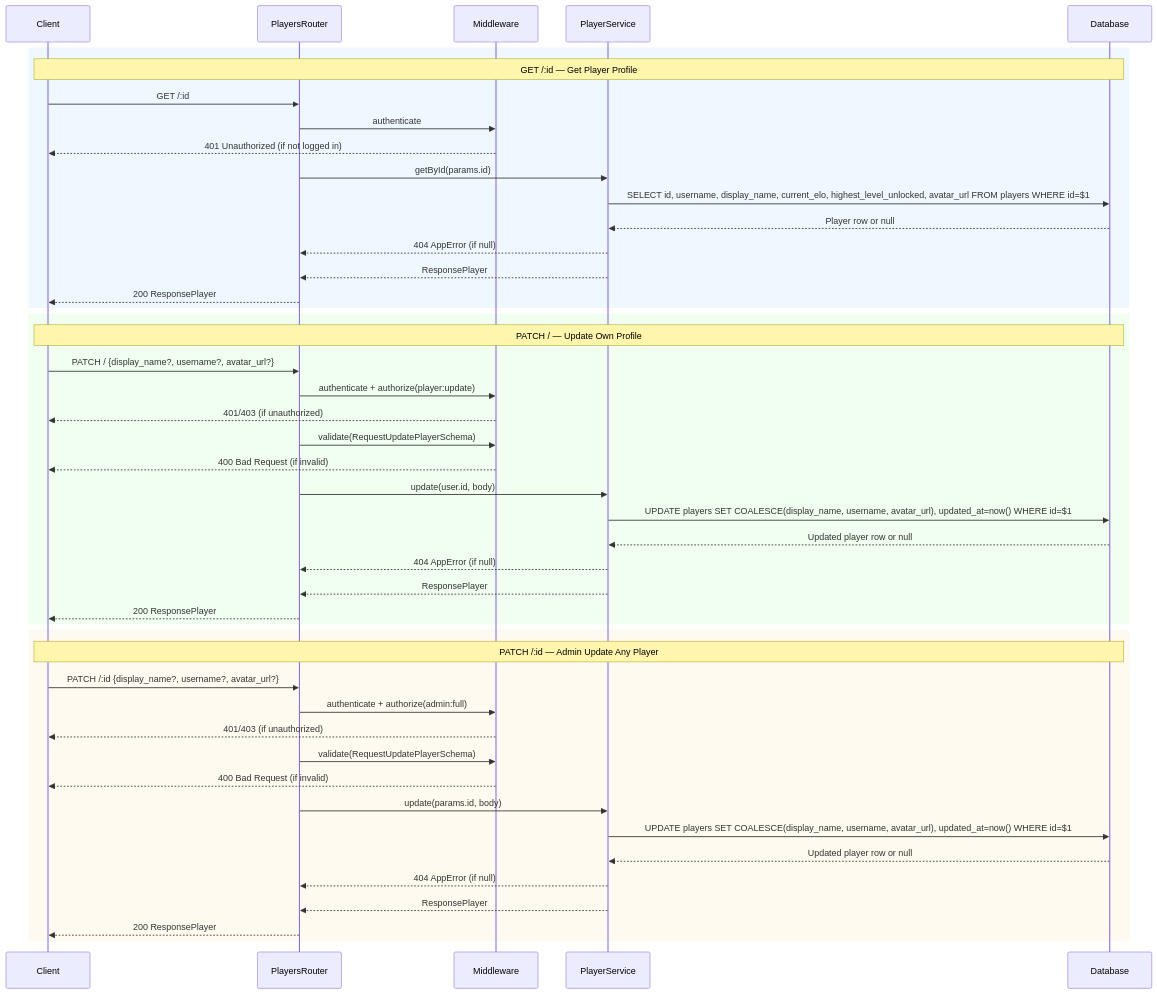
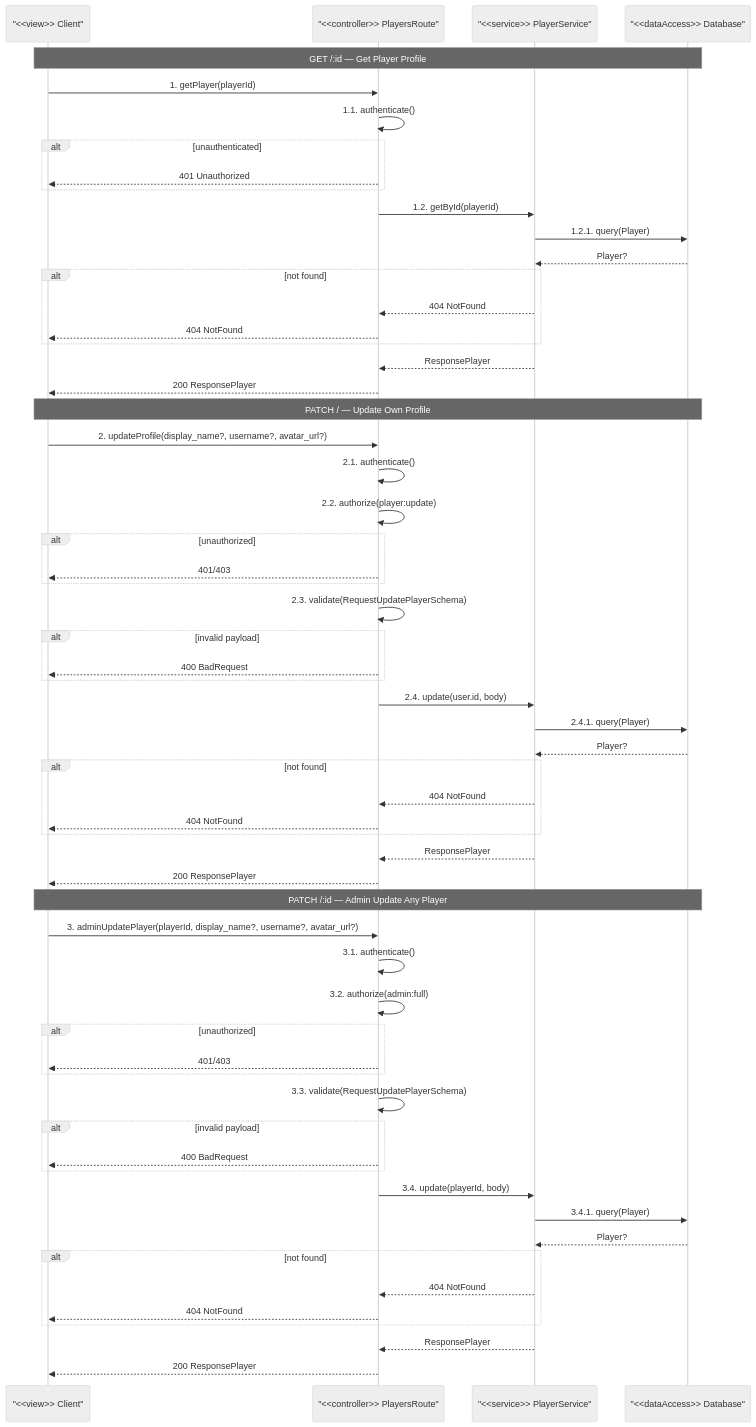
Before and after one commit to christphralden/magic-nugger-app: the diagram in docs/diagrams/players/sequence.md, drawn with Mermaid. The commit also changed other lines of this file and 7 other files, not shown here.

Commit message:
feat(docs): flowchart and seq diagram

````diff
--- a/docs/diagrams/players/sequence.md
+++ b/docs/diagrams/players/sequence.md
@@ -10,51 +8,66 @@
 ```mermaid
+%%{init: {'theme': 'neutral'}}%%
 sequenceDiagram
-    participant C as Client
-    participant R as PlayersRouter
-    participant MW as Middleware
-    participant PS as PlayerService
-    participant DB as Database
+    participant C as "<<view>> Client"
+    participant R as "<<controller>> PlayersRoute"
+    participant PS as "<<service>> PlayerService"
+    participant DB as "<<dataAccess>> Database"
 
-    rect rgb(240, 248, 255)
-        Note over C,DB: GET /:id — Get Player Profile
-        C->>R: GET /:id
-        R->>MW: authenticate
-        MW-->>C: 401 Unauthorized (if not logged in)
-        R->>PS: getById(params.id)
-        PS->>DB: SELECT id, username, display_name, current_elo, highest_level_unlocked, avatar_url FROM players WHERE id=$1
-        DB-->>PS: Player row or null
-        PS-->>R: 404 AppError (if null)
-        PS-->>R: ResponsePlayer
-        R-->>C: 200 ResponsePlayer
+    Note over C,DB: GET /:id — Get Player Profile
+    C->>R: 1. getPlayer(playerId)
+    R->>R: 1.1. authenticate()
+    alt unauthenticated
+        R-->>C: 401 Unauthorized
     end
+    R->>PS: 1.2. getById(playerId)
+    PS->>DB: 1.2.1. query(Player)
+    DB-->>PS: Player?
+    alt not found
+        PS-->>R: 404 NotFound
+        R-->>C: 404 NotFound
+    end
+    PS-->>R: ResponsePlayer
+    R-->>C: 200 ResponsePlayer
 
-    rect rgb(240, 255, 240)
-        Note over C,DB: PATCH / — Update Own Profile
-        C->>R: PATCH / {display_name?, username?, avatar_url?}
-        R->>MW: authenticate + authorize(player:update)
-        MW-->>C: 401/403 (if unauthorized)
-        R->>MW: validate(RequestUpdatePlayerSchema)
-        MW-->>C: 400 Bad Request (if invalid)
-        R->>PS: update(user.id, body)
-        PS->>DB: UPDATE players SET COALESCE(display_name, username, avatar_url), updated_at=now() WHERE id=$1
-        DB-->>PS: Updated player row or null
-        PS-->>R: 404 AppError (if null)
-        PS-->>R: ResponsePlayer
-        R-->>C: 200 ResponsePlayer
+    Note over C,DB: PATCH / — Update Own Profile
+    C->>R: 2. updateProfile(display_name?, username?, avatar_url?)
+    R->>R: 2.1. authenticate()
+    R->>R: 2.2. authorize(player:update)
+    alt unauthorized
+        R-->>C: 401/403
     end
+    R->>R: 2.3. validate(RequestUpdatePlayerSchema)
+    alt invalid payload
+        R-->>C: 400 BadRequest
+    end
+    R->>PS: 2.4. update(user.id, body)
+    PS->>DB: 2.4.1. query(Player)
+    DB-->>PS: Player?
+    alt not found
+        PS-->>R: 404 NotFound
+        R-->>C: 404 NotFound
+    end
+    PS-->>R: ResponsePlayer
+    R-->>C: 200 ResponsePlayer
 
-    rect rgb(255, 250, 240)
-        Note over C,DB: PATCH /:id — Admin Update Any Player
-        C->>R: PATCH /:id {display_name?, username?, avatar_url?}
-        R->>MW: authenticate + authorize(admin:full)
-        MW-->>C: 401/403 (if unauthorized)
-        R->>MW: validate(RequestUpdatePlayerSchema)
-        MW-->>C: 400 Bad Request (if invalid)
-        R->>PS: update(params.id, body)
-        PS->>DB: UPDATE players SET COALESCE(display_name, username, avatar_url), updated_at=now() WHERE id=$1
-        DB-->>PS: Updated player row or null
-        PS-->>R: 404 AppError (if null)
-        PS-->>R: ResponsePlayer
-        R-->>C: 200 ResponsePlayer
+    Note over C,DB: PATCH /:id — Admin Update Any Player
+    C->>R: 3. adminUpdatePlayer(playerId, display_name?, username?, avatar_url?)
+    R->>R: 3.1. authenticate()
+    R->>R: 3.2. authorize(admin:full)
+    alt unauthorized
+        R-->>C: 401/403
     end
+    R->>R: 3.3. validate(RequestUpdatePlayerSchema)
+    alt invalid payload
+        R-->>C: 400 BadRequest
+    end
+    R->>PS: 3.4. update(playerId, body)
+    PS->>DB: 3.4.1. query(Player)
+    DB-->>PS: Player?
+    alt not found
+        PS-->>R: 404 NotFound
+        R-->>C: 404 NotFound
+    end
+    PS-->>R: ResponsePlayer
+    R-->>C: 200 ResponsePlayer
 ```
````
